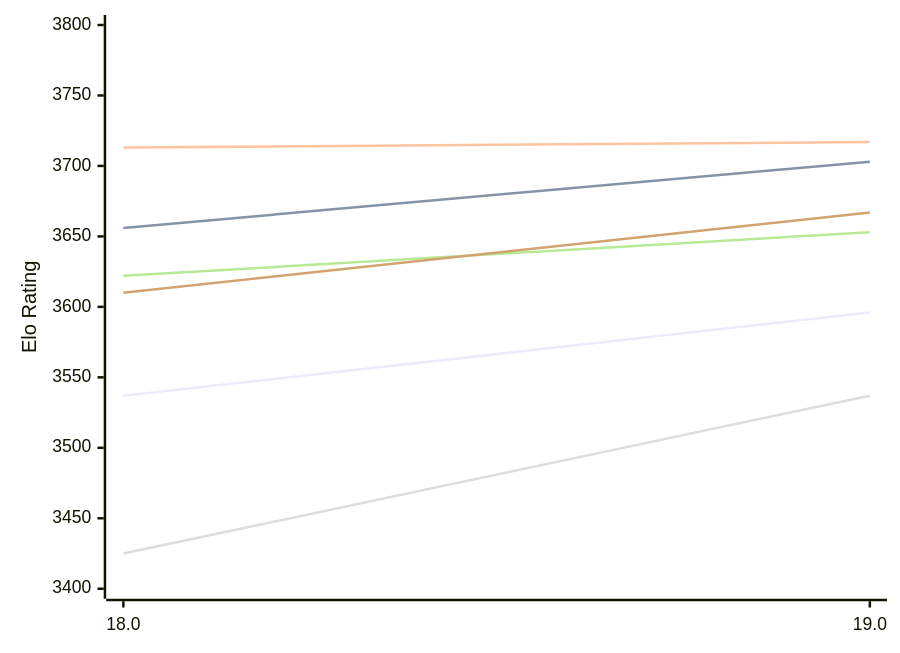
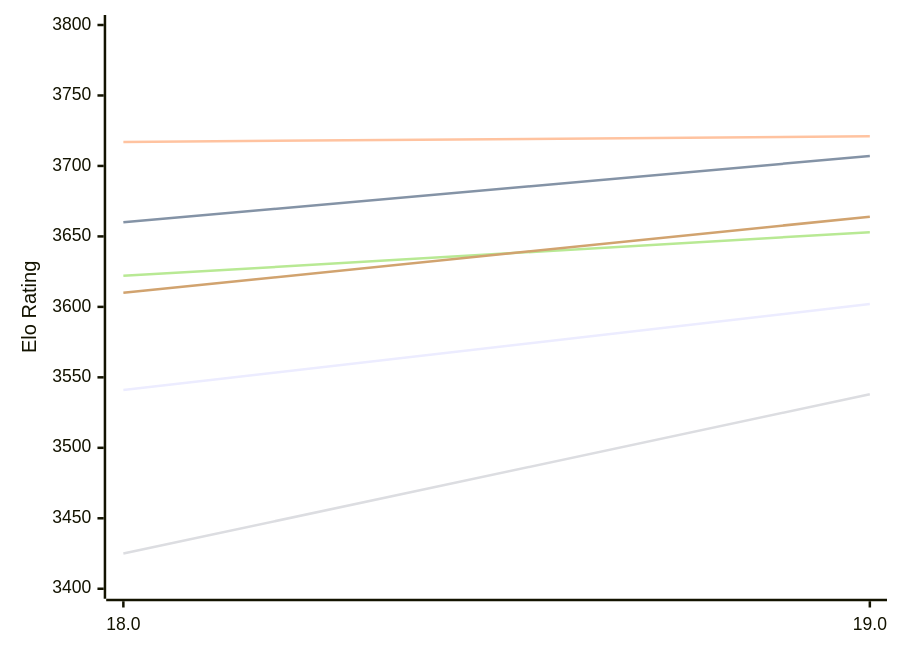
One commit to computer-chess-index/cci changed the first of 2 diagrams in engines/Stockfish.md. Above: the diagram before and after it, drawn with Mermaid. The commit also changed other lines of this file, not shown here.

Commit message:
Update CCI Ratings (ELO VLTC) - 2026-11-22

````diff
--- a/engines/Stockfish.md
+++ b/engines/Stockfish.md
@@ -64,12 +64,12 @@
 ```mermaid
 %%{init: {"theme":"base","themeVariables":{"seriesColors:['#a3a3a3','#222221','#faa371']}}}%%
 xychart-beta
   x-axis ["18.0", "19.0"]
   y-axis "Elo Rating" 3400 --> 3800
-  line "E1: STC (8.0+0.08s)" [3537, 3596]
-  line "E1: LTC (60.0+0.60s)" [3656, 3703]
-  line "E1: VLTC (2m24s+1.12s)" [3713, 3717]
-  line "P1: STC (8.0+0.08s)" [3425, 3537]
+  line "E1: STC (8.0+0.08s)" [3541, 3602]
+  line "E1: LTC (60.0+0.60s)" [3660, 3707]
+  line "E1: VLTC (2m24s+1.12s)" [3717, 3721]
+  line "P1: STC (8.0+0.08s)" [3425, 3538]
   line "P1: LTC (60.0+0.60s)" [3622, 3653]
-  line "P1: VLTC (2m24s+1.12s)" [3610, 3667]
+  line "P1: VLTC (2m24s+1.12s)" [3610, 3664]
 ```
````
